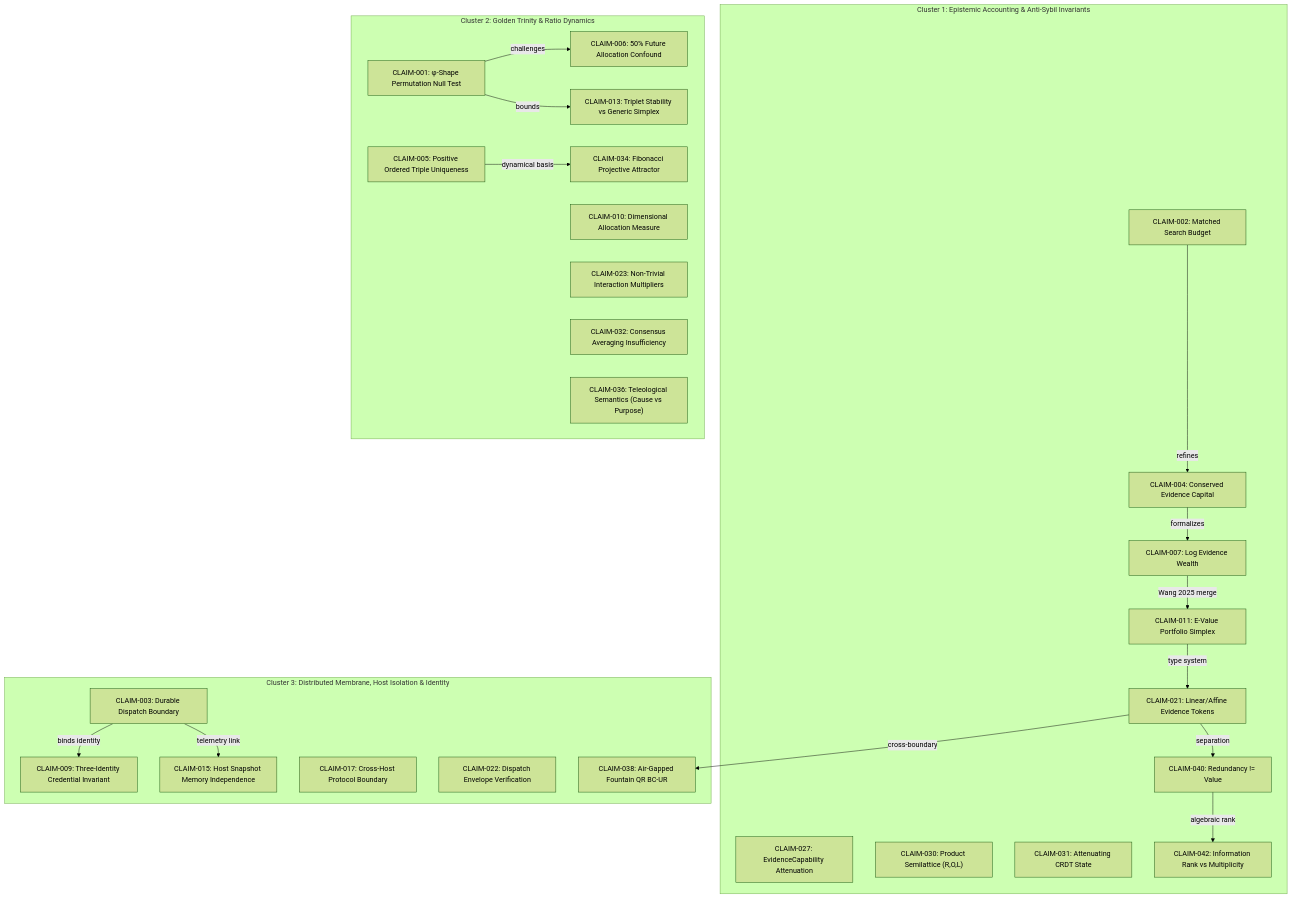
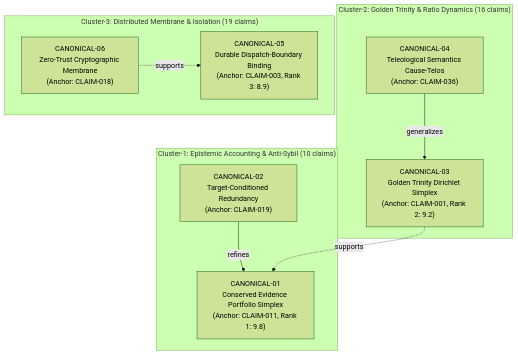
The diagram in research/invariant-graph/CLAIM_GRAPH.md (pashamango/minutta-rp-pr-cycle-lab), drawn with Mermaid (forest theme) before and after one commit. The commit also changed other lines of this file and 9 other files, not shown here.

Commit message:
fix(invariant-graph): resolve MIN-18 QA rework defects with canonical deduplication and direct object evidence

````diff
--- a/research/invariant-graph/CLAIM_GRAPH.md
+++ b/research/invariant-graph/CLAIM_GRAPH.md
@@ -13,51 +50,21 @@
 ```mermaid
 graph TD
-    subgraph Cluster1["Cluster 1: Epistemic Accounting & Anti-Sybil Invariants"]
-        C02["CLAIM-002: Matched Search Budget"]
-        C04["CLAIM-004: Conserved Evidence Capital"]
-        C07["CLAIM-007: Log Evidence Wealth"]
-        C11["CLAIM-011: E-Value Portfolio Simplex"]
-        C21["CLAIM-021: Linear/Affine Evidence Tokens"]
-        C27["CLAIM-027: EvidenceCapability Attenuation"]
-        C30["CLAIM-030: Product Semilattice (R,O,L)"]
-        C31["CLAIM-031: Attenuating CRDT State"]
-        C40["CLAIM-040: Redundancy != Value"]
-        C42["CLAIM-042: Information Rank vs Multiplicity"]
+    subgraph Cluster1["Cluster-1: Epistemic Accounting & Anti-Sybil (10 claims)"]
+        C01["CANONICAL-01<br/>Conserved Evidence Portfolio Simplex<br/>(Anchor: CLAIM-011, Rank 1: 9.8)"]
+        C02["CANONICAL-02<br/>Target-Conditioned Redundancy<br/>(Anchor: CLAIM-019)"]
+        C02 -->|refines| C01
     end
 
-    subgraph Cluster2["Cluster 2: Golden Trinity & Ratio Dynamics"]
-        C01["CLAIM-001: φ-Shape Permutation Null Test"]
-        C05["CLAIM-005: Positive Ordered Triple Uniqueness"]
-        C06["CLAIM-006: 50% Future Allocation Confound"]
-        C10["CLAIM-010: Dimensional Allocation Measure"]
-        C13["CLAIM-013: Triplet Stability vs Generic Simplex"]
-        C23["CLAIM-023: Non-Trivial Interaction Multipliers"]
-        C32["CLAIM-032: Consensus Averaging Insufficiency"]
-        C34["CLAIM-034: Fibonacci Projective Attractor"]
-        C36["CLAIM-036: Teleological Semantics (Cause vs Purpose)"]
+    subgraph Cluster2["Cluster-2: Golden Trinity & Ratio Dynamics (16 claims)"]
+        C03["CANONICAL-03<br/>Golden Trinity Dirichlet Simplex<br/>(Anchor: CLAIM-001, Rank 2: 9.2)"]
+        C04["CANONICAL-04<br/>Teleological Semantics Cause-Telos<br/>(Anchor: CLAIM-036)"]
+        C04 -->|generalizes| C03
+        C03 -.->|supports| C01
     end
 
-    subgraph Cluster3["Cluster 3: Distributed Membrane, Host Isolation & Identity"]
-        C03["CLAIM-003: Durable Dispatch Boundary"]
-        C09["CLAIM-009: Three-Identity Credential Invariant"]
-        C15["CLAIM-015: Host Snapshot Memory Independence"]
-        C17["CLAIM-017: Cross-Host Protocol Boundary"]
-        C22["CLAIM-022: Dispatch Envelope Verification"]
-        C38["CLAIM-038: Air-Gapped Fountain QR BC-UR"]
+    subgraph Cluster3["Cluster-3: Distributed Membrane & Isolation (19 claims)"]
+        C05["CANONICAL-05<br/>Durable Dispatch-Boundary Binding<br/>(Anchor: CLAIM-003, Rank 3: 8.9)"]
+        C06["CANONICAL-06<br/>Zero-Trust Cryptographic Membrane<br/>(Anchor: CLAIM-018)"]
+        C06 -.->|supports| C05
     end
-
-    C02 -->|refines| C04
-    C04 -->|formalizes| C07
-    C07 -->|Wang 2025 merge| C11
-    C11 -->|type system| C21
-    C21 -->|separation| C40
-    C40 -->|algebraic rank| C42
-
-    C01 -->|challenges| C06
-    C05 -->|dynamical basis| C34
-    C01 -->|bounds| C13
-
-    C03 -->|binds identity| C09
-    C03 -->|telemetry link| C15
-    C21 -->|cross-boundary| C38
 ```
````
